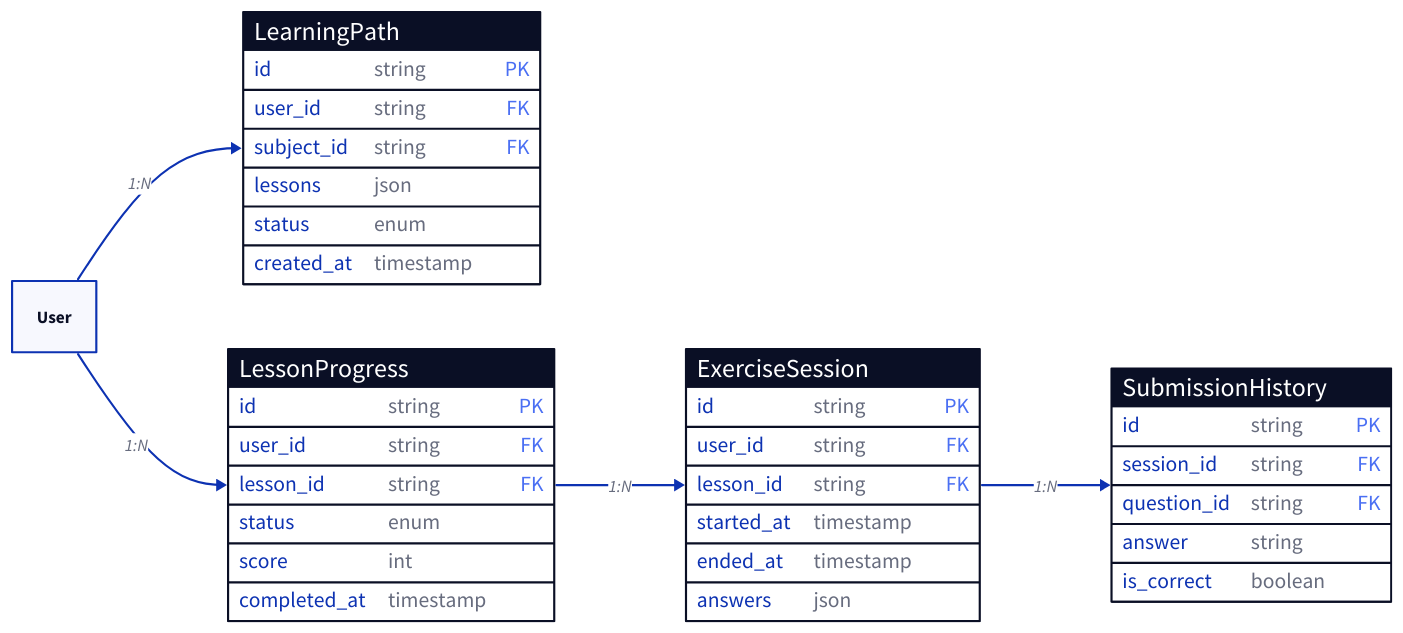
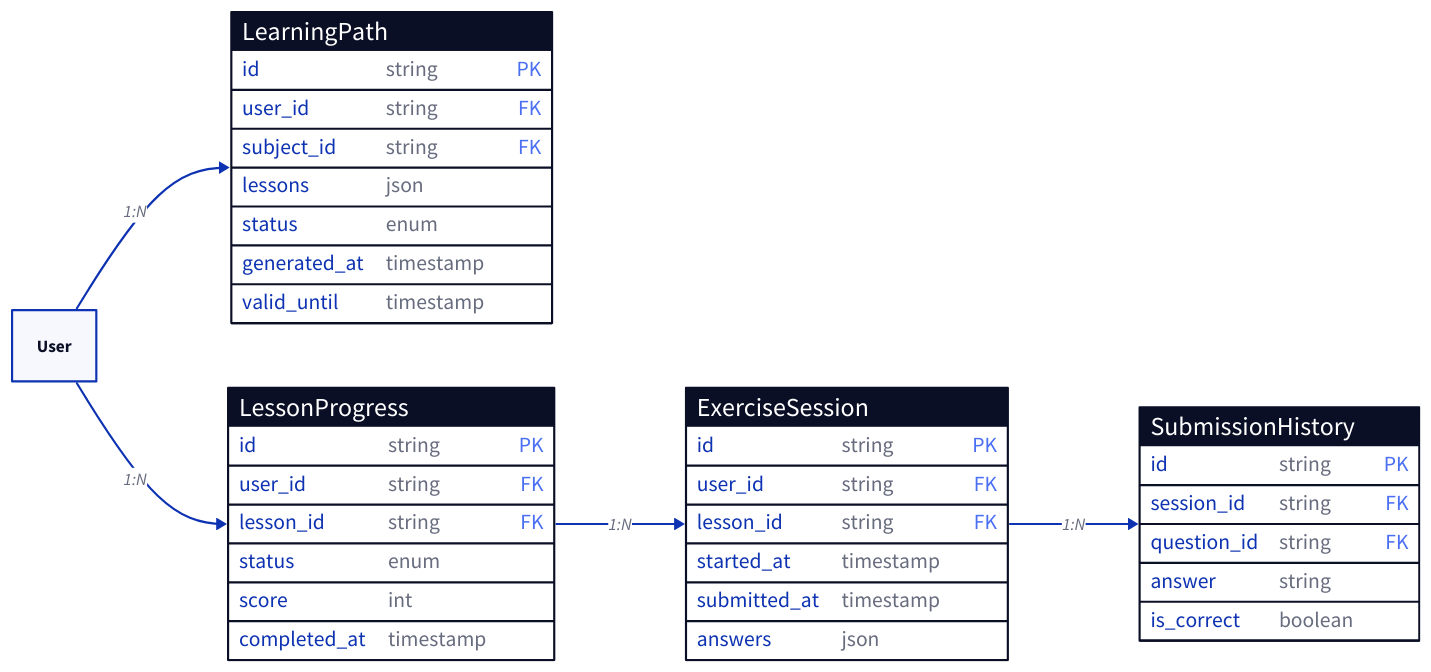
Before and after one commit to philongdanh/lms: the sixth of 6 diagrams in spec/modules/learning.md, drawn with D2. The commit also changed 100 other files, not shown here.

````diff
--- a/spec/modules/learning.md
+++ b/spec/modules/learning.md
@@ -144,47 +144,48 @@
 ```d2
 direction: right
 
 LearningPath: {
   shape: sql_table
   id: string {constraint: primary_key}
   user_id: string {constraint: foreign_key}
   subject_id: string {constraint: foreign_key}
   lessons: json
   status: enum
-  created_at: timestamp
+  generated_at: timestamp
+  valid_until: timestamp
 }
 
 LessonProgress: {
   shape: sql_table
   id: string {constraint: primary_key}
   user_id: string {constraint: foreign_key}
   lesson_id: string {constraint: foreign_key}
   status: enum
   score: int
   completed_at: timestamp
 }
 
 ExerciseSession: {
   shape: sql_table
   id: string {constraint: primary_key}
   user_id: string {constraint: foreign_key}
   lesson_id: string {constraint: foreign_key}
   started_at: timestamp
-  ended_at: timestamp
+  submitted_at: timestamp
   answers: json
 }
 
 SubmissionHistory: {
   shape: sql_table
   id: string {constraint: primary_key}
   session_id: string {constraint: foreign_key}
   question_id: string {constraint: foreign_key}
   answer: string
   is_correct: boolean
 }
 
 User -> LearningPath: 1:N
 User -> LessonProgress: 1:N
 LessonProgress -> ExerciseSession: 1:N
 ExerciseSession -> SubmissionHistory: 1:N
 ```
````
